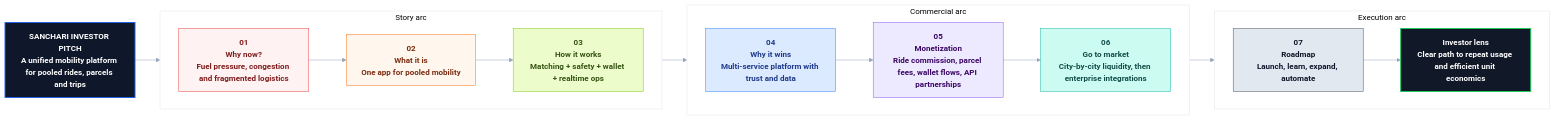
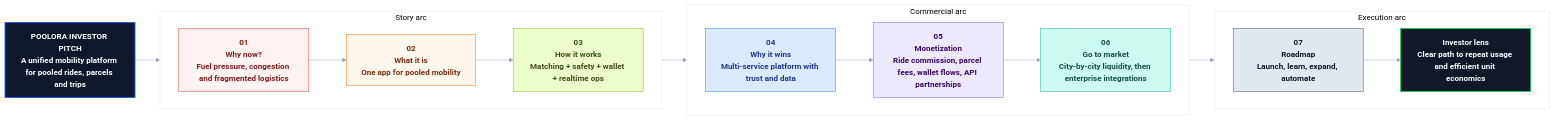
Before and after one commit to nathimike102/poolora: the diagram in backend/pitch-deck.mmd, drawn with Mermaid. The commit also changed 98 other files, not shown here.

First line of the commit message:
refactor: rebrand Sanchari to Poolora

```diff
--- a/backend/pitch-deck.mmd
+++ b/backend/pitch-deck.mmd
@@ -1,35 +1,35 @@
 %%{init: {"theme":"base","themeVariables":{"fontFamily":"Segoe UI, Helvetica, Arial, sans-serif","background":"#ffffff","primaryColor":"#f8fafc","primaryTextColor":"#0f172a","primaryBorderColor":"#2563eb","secondaryColor":"#eff6ff","tertiaryColor":"#ffffff","lineColor":"#94a3b8"},"flowchart":{"curve":"basis"}}}%%
 flowchart LR
-    TITLE["SANCHARI INVESTOR PITCH<br/>A unified mobility platform for pooled rides, parcels and trips"]:::hero
+    TITLE["POOLORA INVESTOR PITCH<br/>A unified mobility platform for pooled rides, parcels and trips"]:::hero
 
     subgraph ARC1["Story arc"]
         direction LR
         A["01<br/>Why now?<br/>Fuel pressure, congestion and fragmented logistics"]:::slide1
         B["02<br/>What it is<br/>One app for pooled mobility"]:::slide2
         C["03<br/>How it works<br/>Matching + safety + wallet + realtime ops"]:::slide3
     end
 
     subgraph ARC2["Commercial arc"]
         direction LR
         D["04<br/>Why it wins<br/>Multi-service platform with trust and data"]:::slide4
         E["05<br/>Monetization<br/>Ride commission, parcel fees, wallet flows, API partnerships"]:::slide5
         F["06<br/>Go to market<br/>City-by-city liquidity, then enterprise integrations"]:::slide6
     end
 
     subgraph ARC3["Execution arc"]
         direction LR
         G["07<br/>Roadmap<br/>Launch, learn, expand, automate"]:::slide7
         H["Investor lens<br/>Clear path to repeat usage and efficient unit economics"]:::cta
     end
 
     TITLE --> A --> B --> C --> D --> E --> F --> G --> H
 
     classDef hero fill:#0f172a,stroke:#2563eb,color:#ffffff,stroke-width:2px,font-weight:bold
     classDef slide1 fill:#fef2f2,stroke:#ef4444,color:#7f1d1d,stroke-width:1px,font-weight:bold
     classDef slide2 fill:#fff7ed,stroke:#f97316,color:#7c2d12,stroke-width:1px,font-weight:bold
     classDef slide3 fill:#ecfccb,stroke:#84cc16,color:#365314,stroke-width:1px,font-weight:bold
     classDef slide4 fill:#dbeafe,stroke:#3b82f6,color:#1e3a8a,stroke-width:1px,font-weight:bold
     classDef slide5 fill:#ede9fe,stroke:#8b5cf6,color:#3b0764,stroke-width:1px,font-weight:bold
     classDef slide6 fill:#ccfbf1,stroke:#14b8a6,color:#134e4a,stroke-width:1px,font-weight:bold
     classDef slide7 fill:#e2e8f0,stroke:#475569,color:#0f172a,stroke-width:1px,font-weight:bold
     classDef cta fill:#111827,stroke:#22c55e,color:#ffffff,stroke-width:2px,font-weight:bold
```
